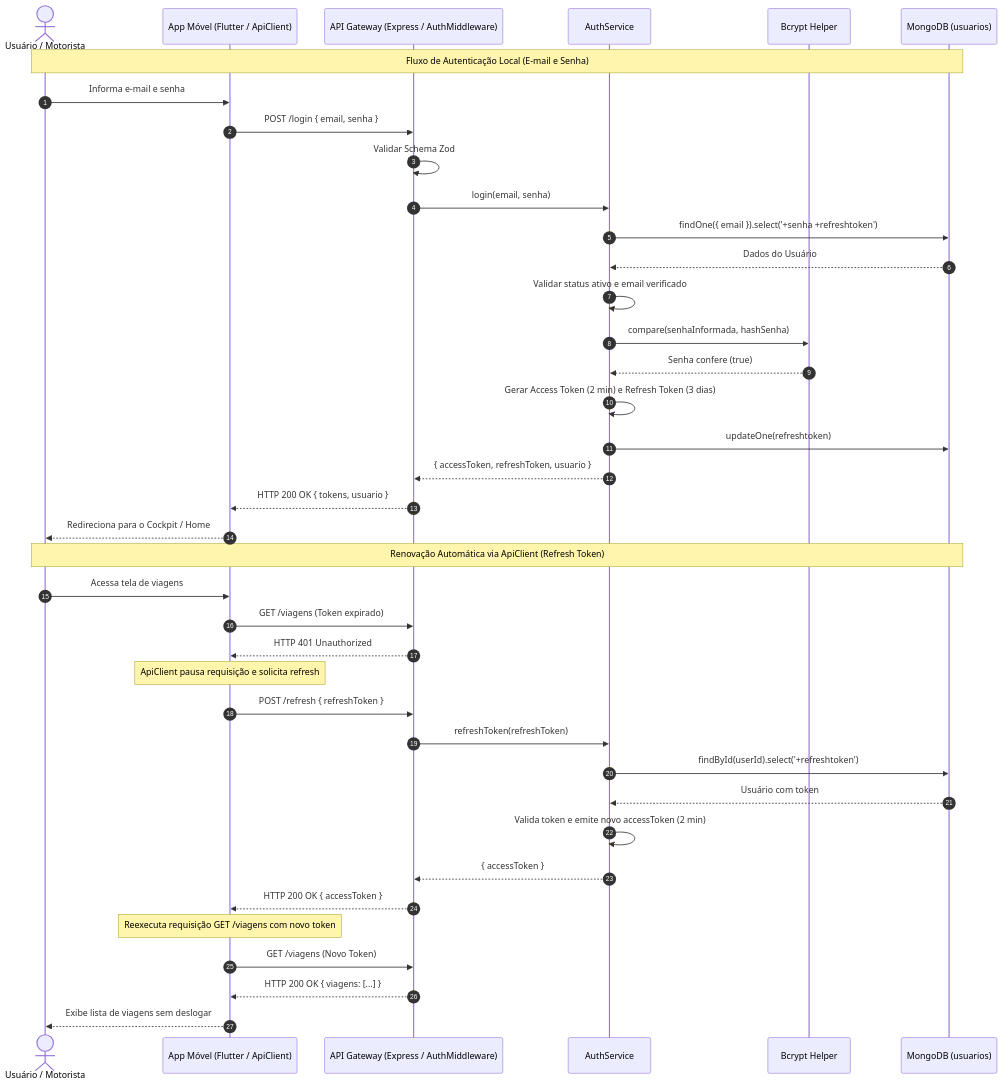
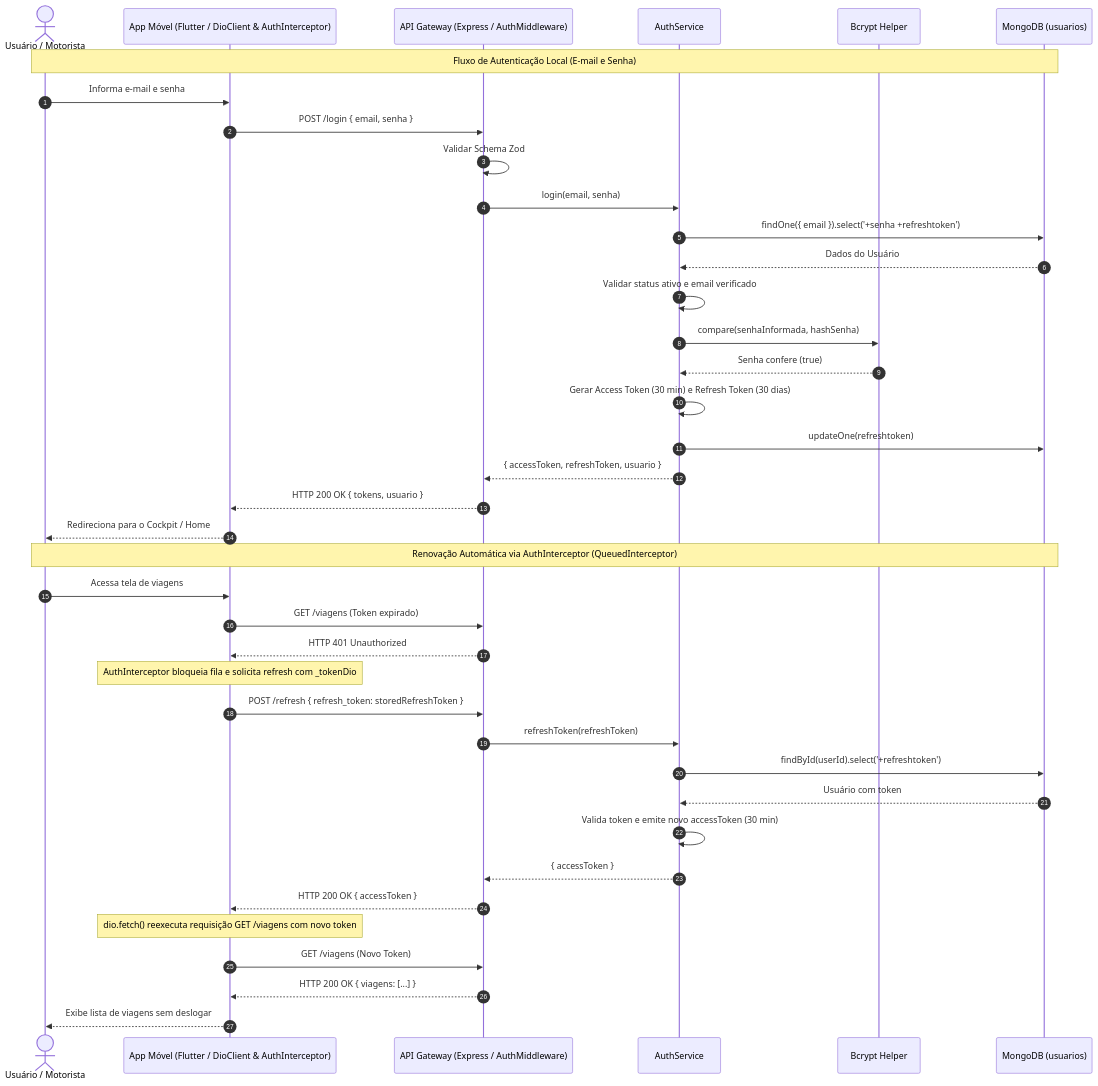
Before and after one commit to Luisdevux/RotaRDV-API: the diagram in documentacao/diagramas/sequencia/sequencia_autenticacao_e_refresh.mmd, drawn with Mermaid. The commit also changed 12 other files, not shown here.

Commit message:
docs(Diagramas): Atualizando diagramas para incluir a arquitetura de conectividade do mobile Dio, que antes era http

```diff
--- a/documentacao/diagramas/sequencia/sequencia_autenticacao_e_refresh.mmd
+++ b/documentacao/diagramas/sequencia/sequencia_autenticacao_e_refresh.mmd
@@ -1,41 +1,41 @@
 sequenceDiagram
     autonumber
     actor User as Usuário / Motorista
-    participant Client as App Móvel (Flutter / ApiClient)
+    participant Client as App Móvel (Flutter / DioClient & AuthInterceptor)
     participant Gateway as API Gateway (Express / AuthMiddleware)
     participant Service as AuthService
     participant Bcrypt as Bcrypt Helper
     participant DB as MongoDB (usuarios)
 
     Note over User, DB: Fluxo de Autenticação Local (E-mail e Senha)
     User->>Client: Informa e-mail e senha
     Client->>Gateway: POST /login { email, senha }
     Gateway->>Gateway: Validar Schema Zod
     Gateway->>Service: login(email, senha)
     Service->>DB: findOne({ email }).select('+senha +refreshtoken')
     DB-->>Service: Dados do Usuário
     Service->>Service: Validar status ativo e email verificado
     Service->>Bcrypt: compare(senhaInformada, hashSenha)
     Bcrypt-->>Service: Senha confere (true)
-    Service->>Service: Gerar Access Token (2 min) e Refresh Token (3 dias)
+    Service->>Service: Gerar Access Token (30 min) e Refresh Token (30 dias)
     Service->>DB: updateOne(refreshtoken)
     Service-->>Gateway: { accessToken, refreshToken, usuario }
     Gateway-->>Client: HTTP 200 OK { tokens, usuario }
     Client-->>User: Redireciona para o Cockpit / Home
 
-    Note over User, DB: Renovação Automática via ApiClient (Refresh Token)
+    Note over User, DB: Renovação Automática via AuthInterceptor (QueuedInterceptor)
     User->>Client: Acessa tela de viagens
     Client->>Gateway: GET /viagens (Token expirado)
     Gateway-->>Client: HTTP 401 Unauthorized
-    Note over Client: ApiClient pausa requisição e solicita refresh
-    Client->>Gateway: POST /refresh { refreshToken }
+    Note over Client: AuthInterceptor bloqueia fila e solicita refresh com _tokenDio
+    Client->>Gateway: POST /refresh { refresh_token: storedRefreshToken }
     Gateway->>Service: refreshToken(refreshToken)
     Service->>DB: findById(userId).select('+refreshtoken')
     DB-->>Service: Usuário com token
-    Service->>Service: Valida token e emite novo accessToken (2 min)
+    Service->>Service: Valida token e emite novo accessToken (30 min)
     Service-->>Gateway: { accessToken }
     Gateway-->>Client: HTTP 200 OK { accessToken }
-    Note over Client: Reexecuta requisição GET /viagens com novo token
+    Note over Client: dio.fetch() reexecuta requisição GET /viagens com novo token
     Client->>Gateway: GET /viagens (Novo Token)
     Gateway-->>Client: HTTP 200 OK { viagens: [...] }
     Client-->>User: Exibe lista de viagens sem deslogar
```
